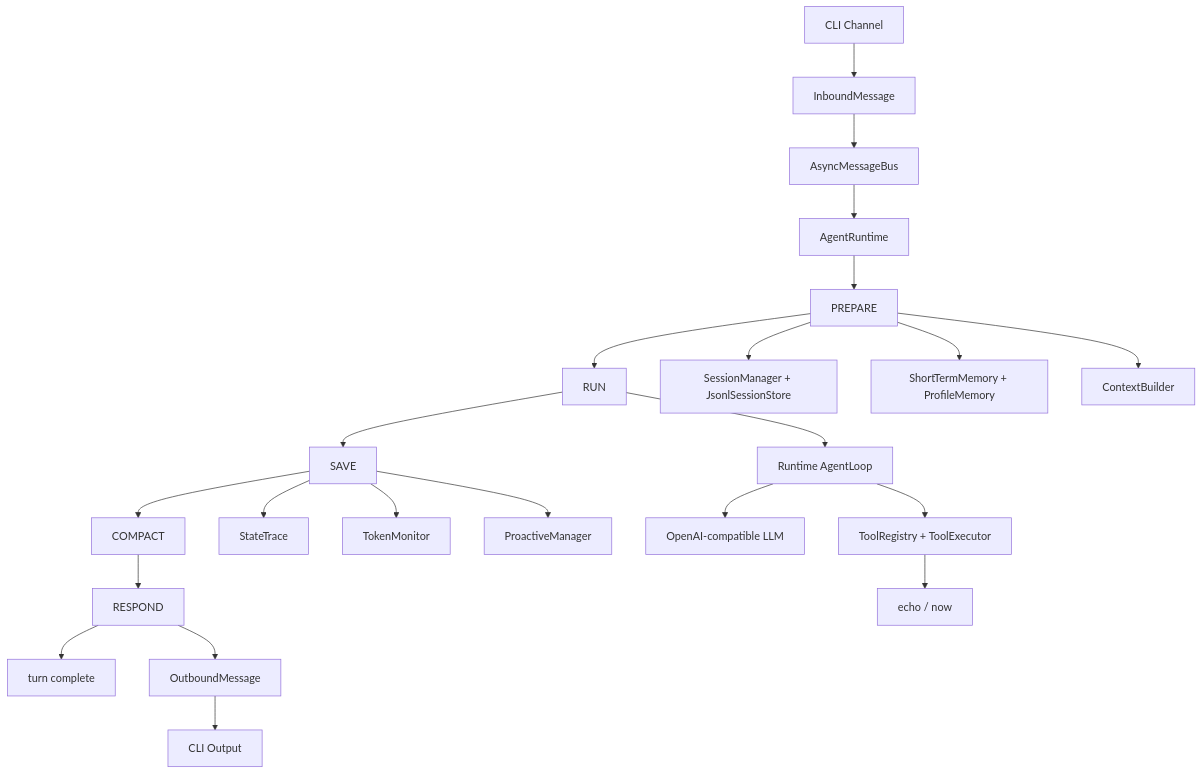
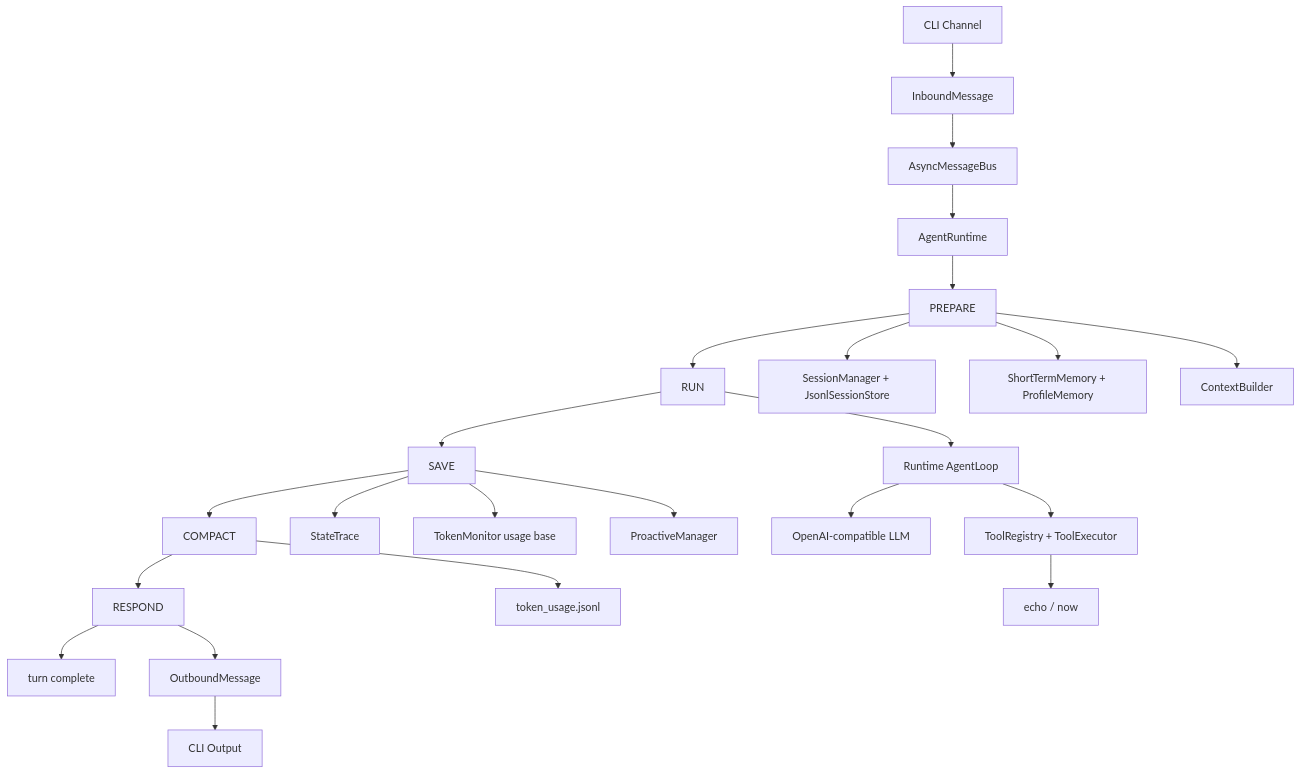
Before and after one commit to neystan/Turning-Good-Agent: the diagram in README.md, drawn with Mermaid. The commit also changed 13 other files, not shown here.

````diff
--- a/README.md
+++ b/README.md
@@ -77,29 +77,30 @@
 ```mermaid
 flowchart TD
     CLI[CLI Channel] --> Inbound[InboundMessage]
     Inbound --> Bus[AsyncMessageBus]
     Bus --> Runtime[AgentRuntime]
 
     Runtime --> Prepare[PREPARE]
     Prepare --> Run[RUN]
     Run --> Save[SAVE]
     Save --> Compact[COMPACT]
     Compact --> Respond[RESPOND]
     Respond --> End[turn complete]
 
     Prepare --> Session[SessionManager + JsonlSessionStore]
     Prepare --> Memory[ShortTermMemory + ProfileMemory]
     Prepare --> Context[ContextBuilder]
 
     Run --> AgentLoop[Runtime AgentLoop]
     AgentLoop --> LLM[OpenAI-compatible LLM]
     AgentLoop --> Tools[ToolRegistry + ToolExecutor]
     Tools --> Builtins[echo / now]
 
     Save --> Trace[StateTrace]
-    Save --> Token[TokenMonitor]
+    Save --> Token[TokenMonitor usage base]
     Save --> Proactive[ProactiveManager]
+    Compact --> TokenUsage[token_usage.jsonl]
 
     Respond --> Outbound[OutboundMessage]
     Outbound --> CLIOut[CLI Output]
 ```
````
